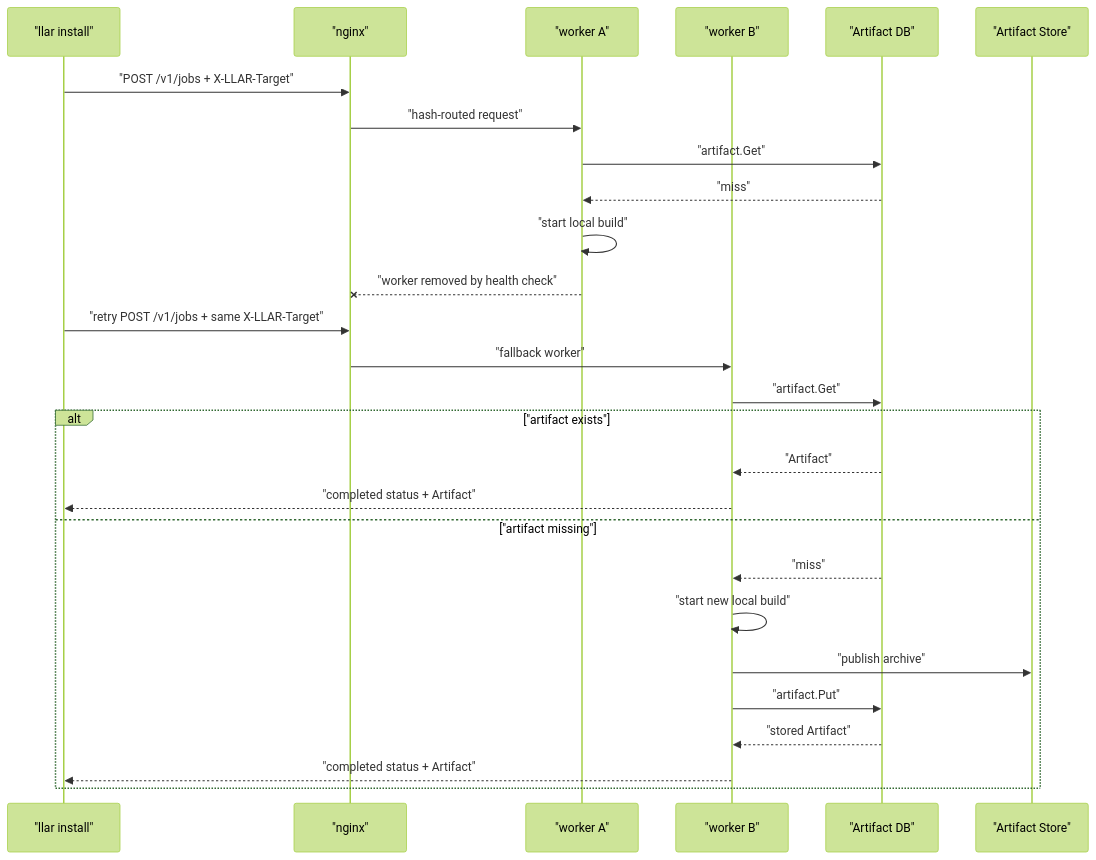
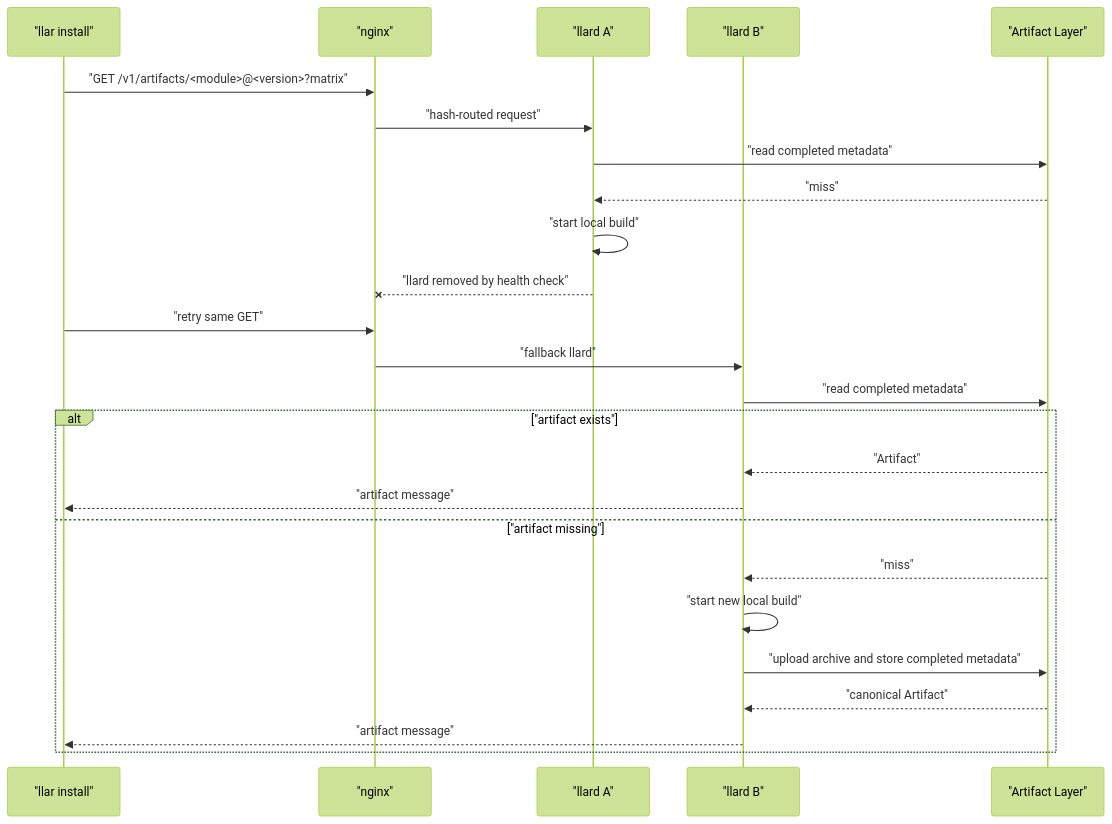
Before and after one commit to MeteorsLiu/llar: the sixth of 6 diagrams in docs/superpowers/specs/2026-06-08-cloud-build-worker-architecture.md, drawn with Mermaid (forest theme). The commit also changed other lines of this file and 4 other files, not shown here.

````diff
--- a/docs/superpowers/specs/2026-06-08-cloud-build-worker-architecture.md
+++ b/docs/superpowers/specs/2026-06-08-cloud-build-worker-architecture.md
@@ -521,30 +515,28 @@
 ```mermaid
 sequenceDiagram
   participant Client as "llar install"
   participant Nginx as "nginx"
-  participant W1 as "worker A"
-  participant W2 as "worker B"
-  participant DB as "Artifact DB"
-  participant Store as "Artifact Store"
+  participant W1 as "llard A"
+  participant W2 as "llard B"
+  participant Artifact as "Artifact Layer"
 
-  Client->>Nginx: "POST /v1/jobs + X-LLAR-Target"
+  Client->>Nginx: "GET /v1/artifacts/<module>@<version>?matrix"
   Nginx->>W1: "hash-routed request"
-  W1->>DB: "artifact.Get"
-  DB-->>W1: "miss"
+  W1->>Artifact: "read completed metadata"
+  Artifact-->>W1: "miss"
   W1->>W1: "start local build"
-  W1--xNginx: "worker removed by health check"
-  Client->>Nginx: "retry POST /v1/jobs + same X-LLAR-Target"
-  Nginx->>W2: "fallback worker"
-  W2->>DB: "artifact.Get"
+  W1--xNginx: "llard removed by health check"
+  Client->>Nginx: "retry same GET"
+  Nginx->>W2: "fallback llard"
+  W2->>Artifact: "read completed metadata"
   alt "artifact exists"
-    DB-->>W2: "Artifact"
-    W2-->>Client: "completed status + Artifact"
+    Artifact-->>W2: "Artifact"
+    W2-->>Client: "artifact message"
   else "artifact missing"
-    DB-->>W2: "miss"
+    Artifact-->>W2: "miss"
     W2->>W2: "start new local build"
-    W2->>Store: "publish archive"
-    W2->>DB: "artifact.Put"
-    DB-->>W2: "stored Artifact"
-    W2-->>Client: "completed status + Artifact"
+    W2->>Artifact: "upload archive and store completed metadata"
+    Artifact-->>W2: "canonical Artifact"
+    W2-->>Client: "artifact message"
   end
 ```
````
